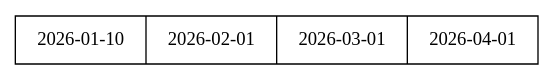
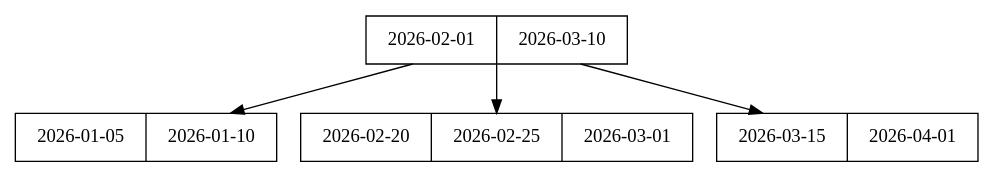
The diagram in output/arbol_b.dot (RonaldSamayoa/Proyecto1_EDD_PS26), drawn with Graphviz before and after one commit. The commit also changed 13 other files, not shown here.

```diff
--- a/output/arbol_b.dot
+++ b/output/arbol_b.dot
@@ -1,4 +1,10 @@
 digraph BTree {
 node [shape=record];
-"0x5cd9460ccf40" [label="2026-01-10 | 2026-02-01 | 2026-03-01 | 2026-04-01"];
+"0x601755b80dd0" [label="2026-02-01 | 2026-03-10"];
+"0x601755b80dd0" -> "0x601755b80f40";
+"0x601755b80f40" [label="2026-01-05 | 2026-01-10"];
+"0x601755b80dd0" -> "0x601755b81bf0";
+"0x601755b81bf0" [label="2026-02-20 | 2026-02-25 | 2026-03-01"];
+"0x601755b80dd0" -> "0x601755b7fdc0";
+"0x601755b7fdc0" [label="2026-03-15 | 2026-04-01"];
 }
```
